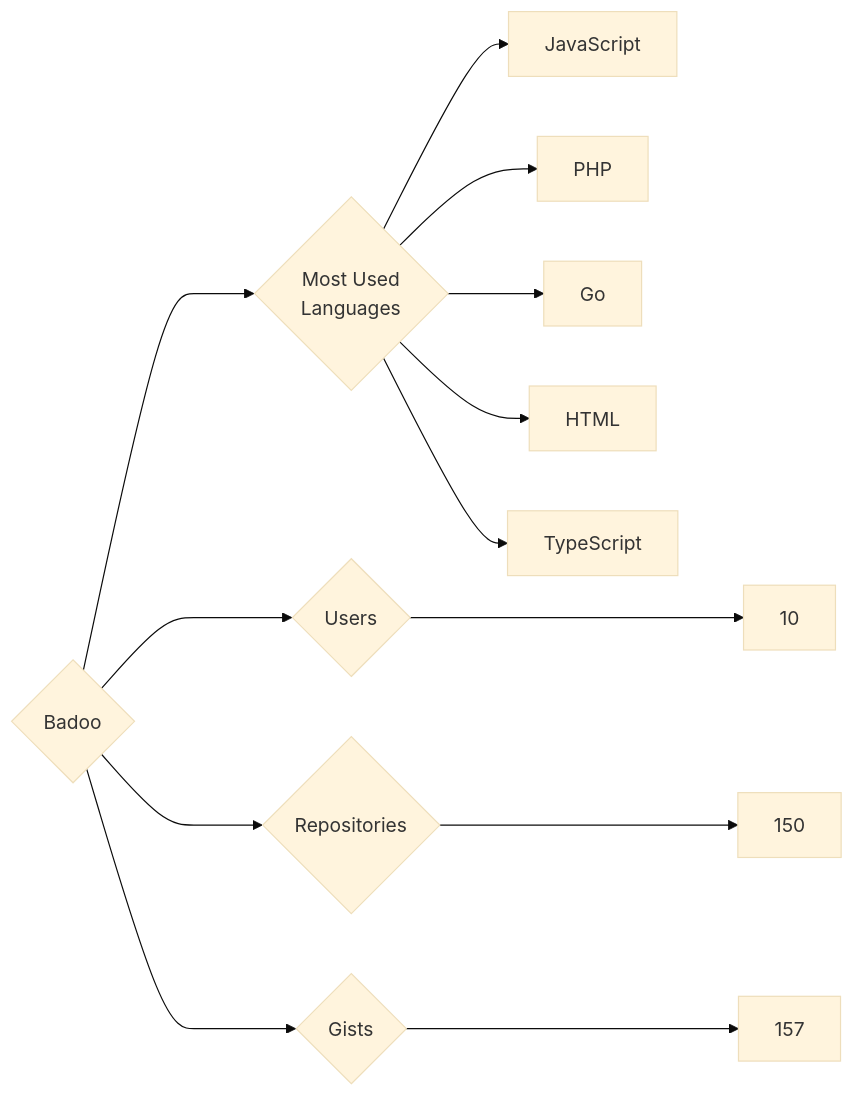
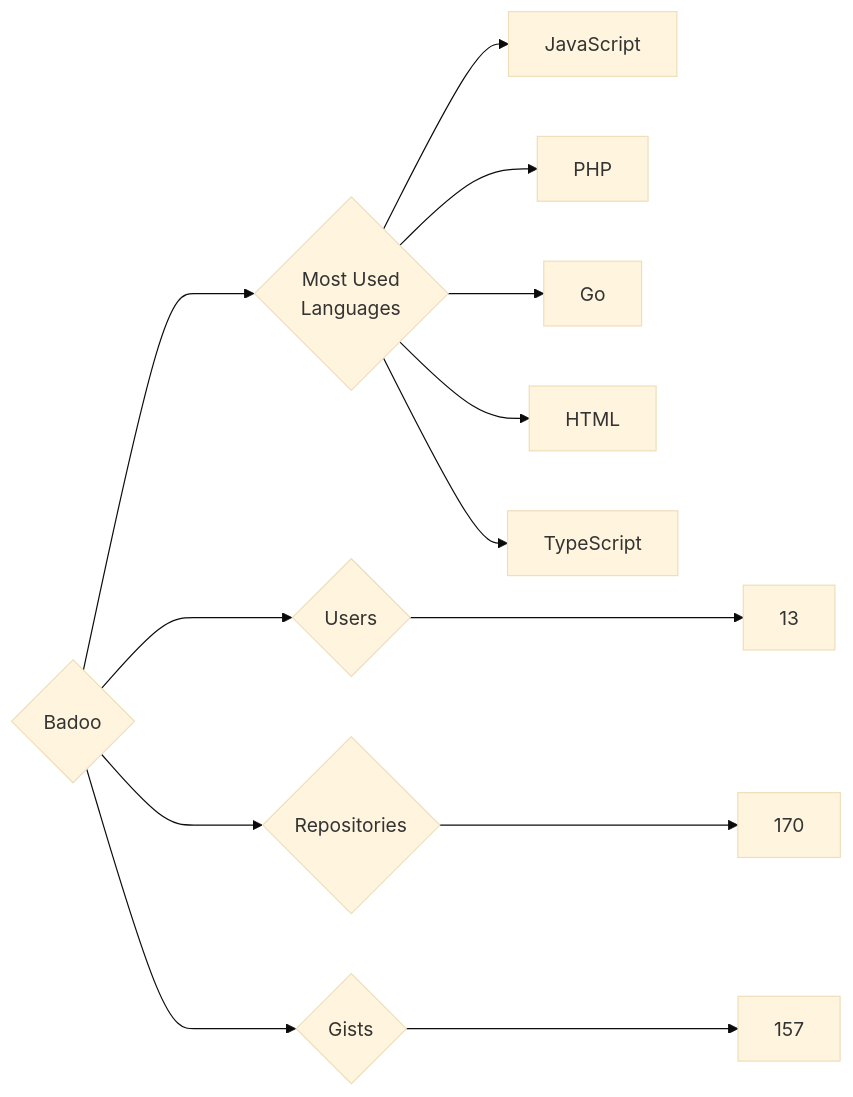
The diagram in targets/Badoo/README.md (trickest/insiders), drawn with Mermaid (base theme) before and after one commit. The commit also changed 1314 other files, not shown here.

````diff
--- a/targets/Badoo/README.md
+++ b/targets/Badoo/README.md
@@ -3,13 +3,13 @@
 ```mermaid
 graph LR
 COMPANY_NAME{Badoo}
-COMPANY_NAME ---> U{Users} ---> UN[10]
-COMPANY_NAME ---> R{Repositories} ---> RN[150]
+COMPANY_NAME ---> U{Users} ---> UN[13]
+COMPANY_NAME ---> R{Repositories} ---> RN[170]
 COMPANY_NAME ---> G{Gists} ---> GN[157]
 COMPANY_NAME ---> ML{Most Used<br>Languages}
 ML --> JavaScript[JavaScript]
 ML --> PHP[PHP]
 ML --> Go[Go]
 ML --> HTML[HTML]
 ML --> TypeScript[TypeScript]
 ```
````
